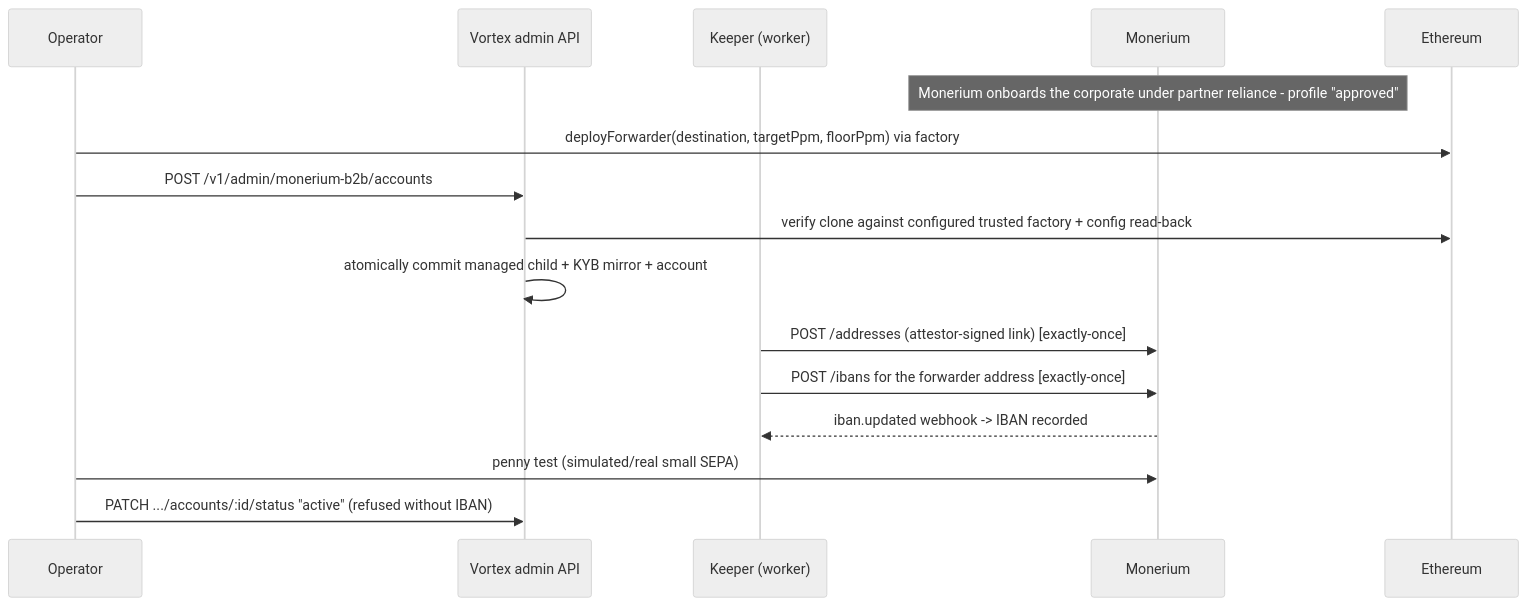
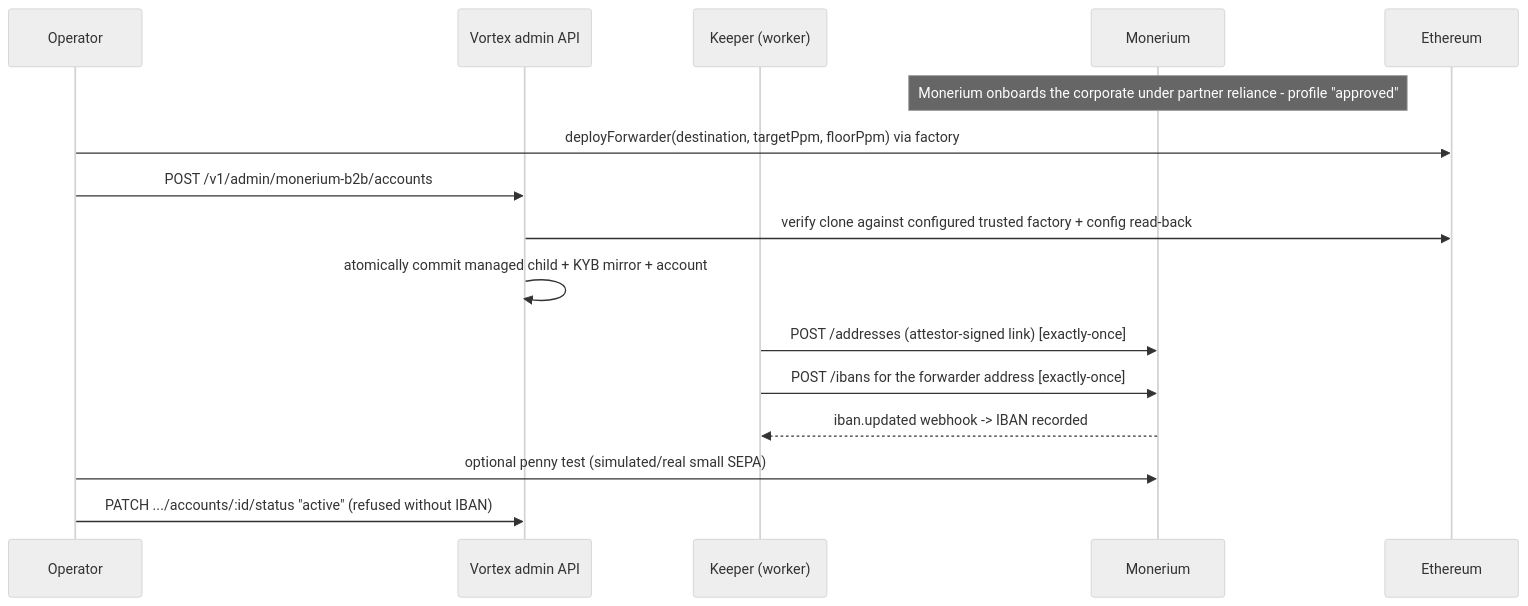
Before and after one commit to pendulum-chain/vortex: the second of 8 diagrams in docs/architecture-monerium-b2b-onramp.md, drawn with Mermaid (neutral theme). The commit also changed other lines of this file and 7 other files, not shown here.

First line of the commit message:
docs(repo): make the Monerium B2B penny test optional

````diff
--- a/docs/architecture-monerium-b2b-onramp.md
+++ b/docs/architecture-monerium-b2b-onramp.md
@@ -114,19 +114,19 @@
 ```mermaid
 sequenceDiagram
     participant Op as Operator
     participant Adm as Vortex admin API
     participant K as Keeper (worker)
     participant M as Monerium
     participant C as Ethereum
 
     Note over M: Monerium onboards the corporate under partner reliance - profile "approved"
     Op->>C: deployForwarder(destination, targetPpm, floorPpm) via factory
     Op->>Adm: POST /v1/admin/monerium-b2b/accounts
     Adm->>C: verify clone against configured trusted factory + config read-back
     Adm->>Adm: atomically commit managed child + KYB mirror + account
     K->>M: POST /addresses (attestor-signed link)  [exactly-once]
     K->>M: POST /ibans for the forwarder address   [exactly-once]
     M-->>K: iban.updated webhook -> IBAN recorded
-    Op->>M: penny test (simulated/real small SEPA)
+    Op->>M: optional penny test (simulated/real small SEPA)
     Op->>Adm: PATCH .../accounts/:id/status "active" (refused without IBAN)
 ```
````
